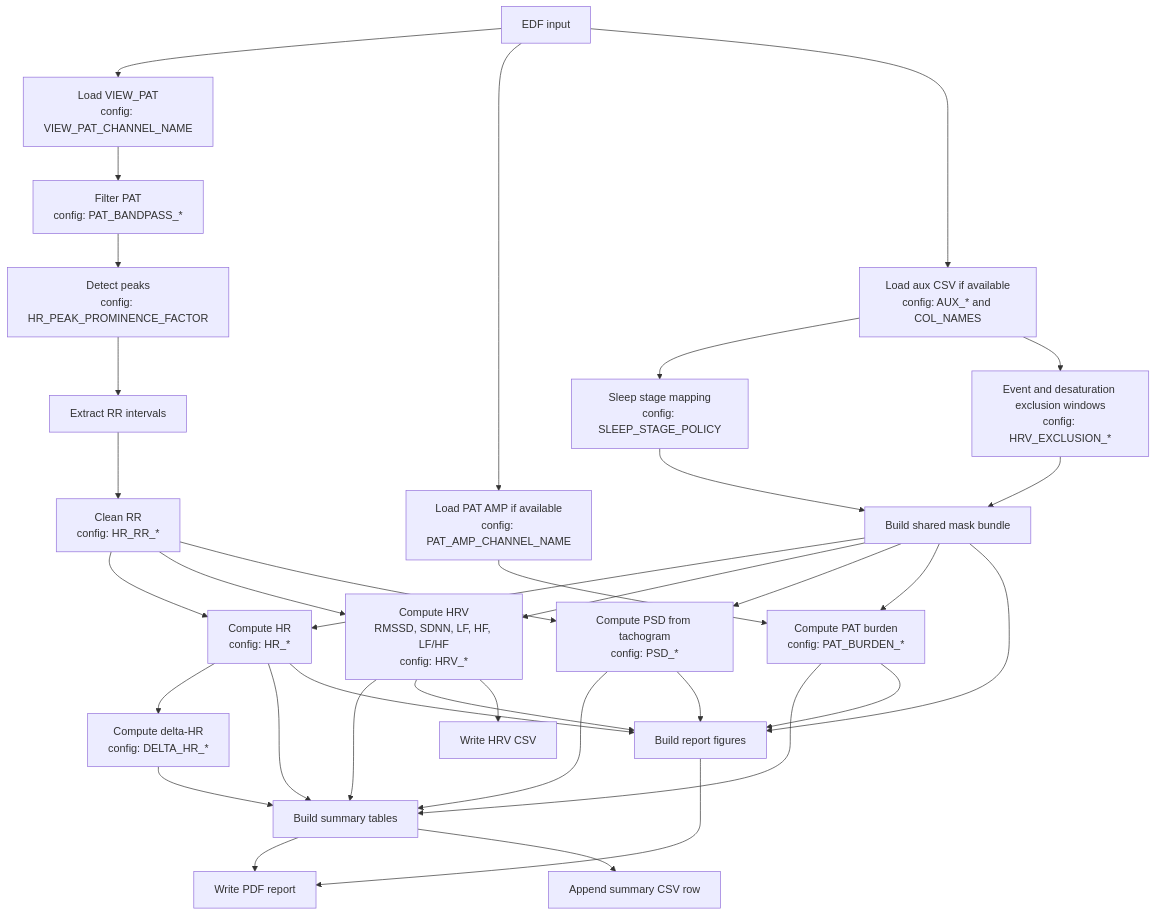
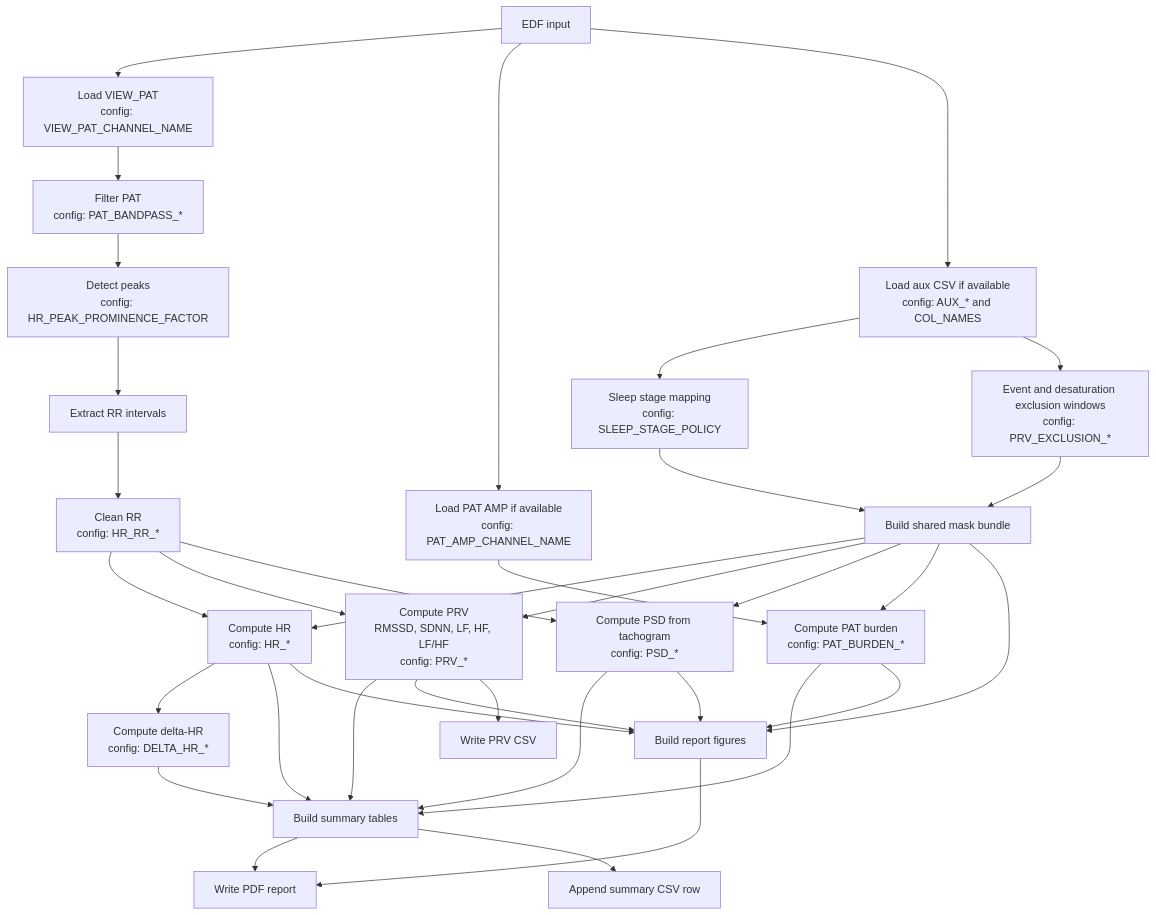
The diagram in README.md (JindrichA/pat_toolbox), drawn with Mermaid before and after one commit. The commit also changed other lines of this file and 45 other files, not shown here.

First line of the commit message:
rename HRV pipeline terminology to PRV

````diff
--- a/README.md
+++ b/README.md
@@ -43,44 +43,44 @@
 ```mermaid
 flowchart TD
     A[EDF input] --> B[Load VIEW_PAT\nconfig: VIEW_PAT_CHANNEL_NAME]
     B --> C[Filter PAT\nconfig: PAT_BANDPASS_*]
     C --> D[Detect peaks\nconfig: HR_PEAK_PROMINENCE_FACTOR]
     D --> E[Extract RR intervals]
     E --> F[Clean RR\nconfig: HR_RR_*]
 
     A --> G[Load PAT AMP if available\nconfig: PAT_AMP_CHANNEL_NAME]
     A --> H[Load aux CSV if available\nconfig: AUX_* and COL_NAMES]
     H --> I[Sleep stage mapping\nconfig: SLEEP_STAGE_POLICY]
-    H --> J[Event and desaturation exclusion windows\nconfig: HRV_EXCLUSION_*]
+    H --> J[Event and desaturation exclusion windows\nconfig: PRV_EXCLUSION_*]
     I --> K[Build shared mask bundle]
     J --> K
 
     F --> L[Compute HR\nconfig: HR_*]
-    F --> M[Compute HRV\nRMSSD, SDNN, LF, HF, LF/HF\nconfig: HRV_*]
+    F --> M[Compute PRV\nRMSSD, SDNN, LF, HF, LF/HF\nconfig: PRV_*]
     F --> N[Compute PSD from tachogram\nconfig: PSD_*]
     G --> O[Compute PAT burden\nconfig: PAT_BURDEN_*]
 
     K --> L
     K --> M
     K --> N
     K --> O
 
     L --> P[Compute delta-HR\nconfig: DELTA_HR_*]
 
     L --> Q[Build summary tables]
     M --> Q
     N --> Q
     O --> Q
     P --> Q
 
     L --> R[Build report figures]
     M --> R
     N --> R
     O --> R
     K --> R
     Q --> S[Write PDF report]
     R --> S
 
-    M --> T[Write HRV CSV]
+    M --> T[Write PRV CSV]
     Q --> U[Append summary CSV row]
 ```
````
